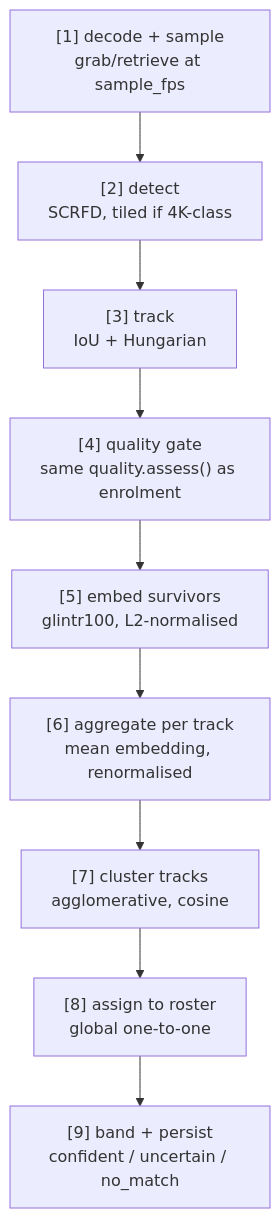
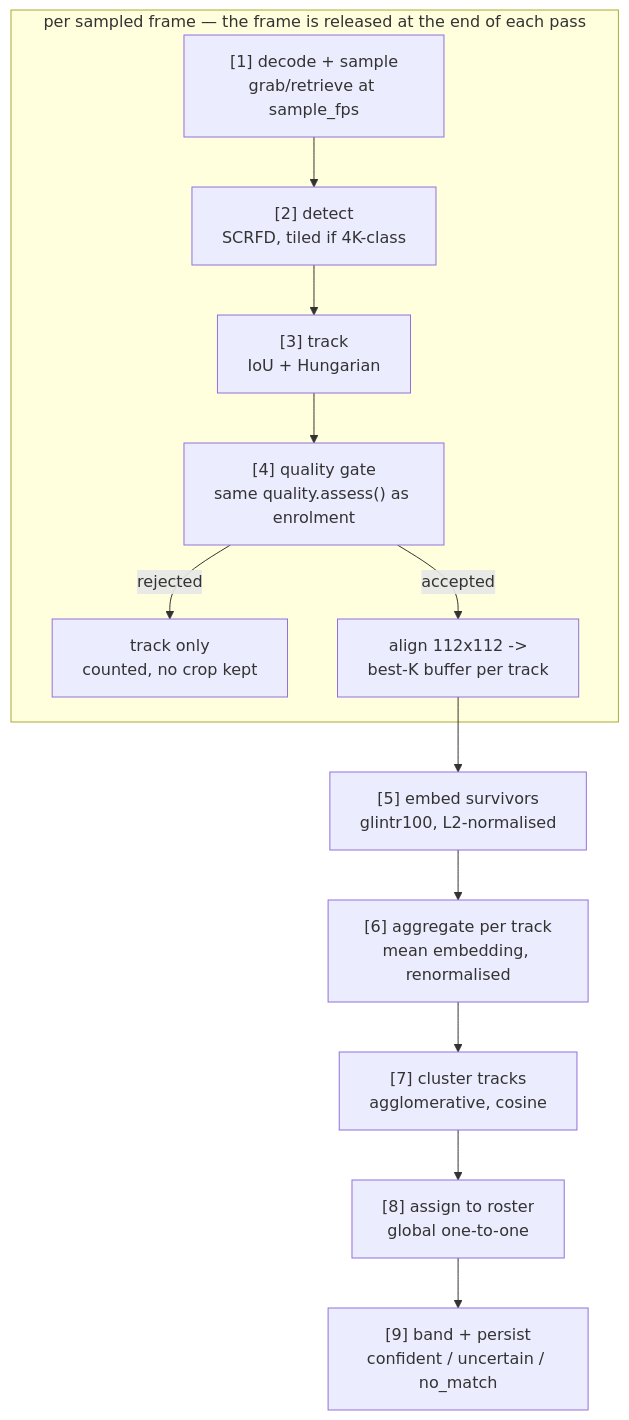
Before and after one commit to CharanTeja-6825/sentinel_face_v2: the fourth of 4 diagrams in ARCHITECTURE.md, drawn with Mermaid. The commit also changed other lines of this file and 14 other files, not shown here.

````diff
--- a/ARCHITECTURE.md
+++ b/ARCHITECTURE.md
@@ -314,11 +314,15 @@
 ```mermaid
 flowchart TD
-    V["[1] decode + sample<br/>grab/retrieve at sample_fps"] --> DET["[2] detect<br/>SCRFD, tiled if 4K-class"]
-    DET --> TR["[3] track<br/>IoU + Hungarian"]
-    TR --> QG["[4] quality gate<br/>same quality.assess() as enrolment"]
-    QG --> EMB["[5] embed survivors<br/>glintr100, L2-normalised"]
+    subgraph loop["per sampled frame — the frame is released at the end of each pass"]
+        V["[1] decode + sample<br/>grab/retrieve at sample_fps"] --> DET["[2] detect<br/>SCRFD, tiled if 4K-class"]
+        DET --> TR["[3] track<br/>IoU + Hungarian"]
+        TR --> QG["[4] quality gate<br/>same quality.assess() as enrolment"]
+        QG -->|rejected| TO["track only<br/>counted, no crop kept"]
+        QG -->|accepted| BUF["align 112x112 -><br/>best-K buffer per track"]
+    end
+    BUF --> EMB["[5] embed survivors<br/>glintr100, L2-normalised"]
     EMB --> AGG["[6] aggregate per track<br/>mean embedding, renormalised"]
     AGG --> CL["[7] cluster tracks<br/>agglomerative, cosine"]
     CL --> AS["[8] assign to roster<br/>global one-to-one"]
     AS --> BD["[9] band + persist<br/>confident / uncertain / no_match"]
 ```
````
